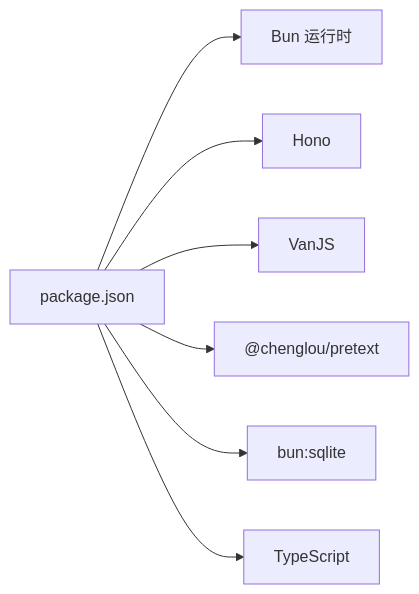
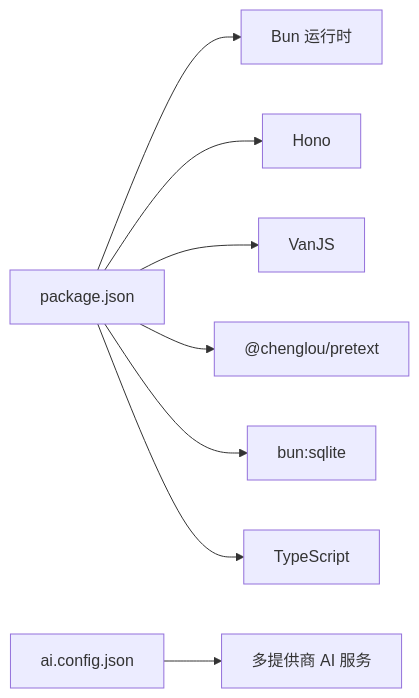
One commit to BlackBoxRecorder/memos changed the ninth of 9 diagrams in .qoder/repowiki/zh/content/开发指南/开发指南.md. Above: the diagram before and after it, drawn with Mermaid. The commit also changed other lines of this file and 8 other files, not shown here.

````diff
--- a/.qoder/repowiki/zh/content/开发指南/开发指南.md
+++ b/.qoder/repowiki/zh/content/开发指南/开发指南.md
@@ -333,9 +352,10 @@
 ```mermaid
 graph LR
 P["package.json"] --> Bun["Bun 运行时"]
 P --> Hono["Hono"]
 P --> Van["VanJS"]
 P --> Pretext["@chenglou/pretext"]
 P --> Sqlite["bun:sqlite"]
 P --> Typescript["TypeScript"]
+CFG["ai.config.json"] --> Providers["多提供商 AI 服务"]
 ```
````
